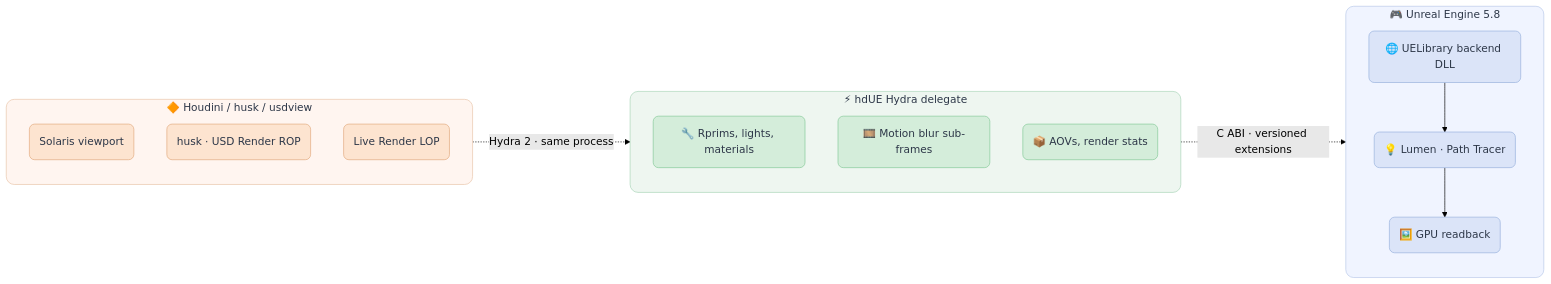
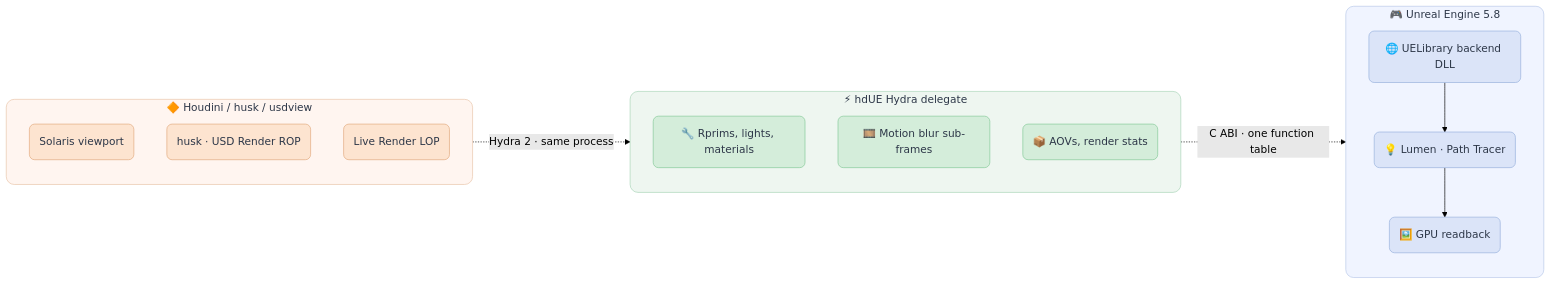
Before and after one commit to healkeiser/HdUnrealEngine: the diagram in README.md, drawn with Mermaid (forest theme). The commit also changed 5 other files, not shown here.

First line of the commit message:
Docs: the ABI is one function table (ABI 12)

````diff
--- a/README.md
+++ b/README.md
@@ -213,42 +213,42 @@
 ```mermaid
 flowchart LR
     subgraph Houdini[" 🔶 Houdini / husk / usdview "]
         direction TB
         A1("Solaris viewport")
         A2("husk · USD Render ROP")
         A3("Live Render LOP")
     end
 
     subgraph Delegate[" ⚡ hdUE Hydra delegate "]
         direction TB
         B1("🔧 Rprims, lights, materials")
         B2("🎞️ Motion blur sub-frames")
         B3("📦 AOVs, render stats")
     end
 
     subgraph Unreal[" 🎮 Unreal Engine 5.8 "]
         direction TB
         C1("🌐 UELibrary backend DLL")
         C2("💡 Lumen · Path Tracer")
         C3("🖼️ GPU readback")
         C1 --> C2 --> C3
     end
 
     Houdini -. "Hydra 2 · same process" .-> Delegate
-    Delegate -. "C ABI · versioned extensions" .-> Unreal
+    Delegate -. "C ABI · one function table" .-> Unreal
 
     classDef hostBox fill:#fff5f0,stroke:#e8c4a8,stroke-width:1px,color:#2d3748,rx:12,ry:12
     classDef delegateBox fill:#eef6f0,stroke:#a8d5b8,stroke-width:1px,color:#2d3748,rx:12,ry:12
     classDef unrealBox fill:#f0f4ff,stroke:#b8c9e8,stroke-width:1px,color:#2d3748,rx:12,ry:12
 
     classDef hostNode fill:#fde4d0,stroke:#e0a87c,stroke-width:1px,color:#2d3748,rx:8,ry:8
     classDef delegateNode fill:#d4edda,stroke:#82c896,stroke-width:1px,color:#2d3748,rx:8,ry:8
     classDef unrealNode fill:#dbe4f8,stroke:#96b0dc,stroke-width:1px,color:#2d3748,rx:8,ry:8
 
     class Houdini hostBox
     class Delegate delegateBox
     class Unreal unrealBox
     class A1,A2,A3 hostNode
     class B1,B2,B3 delegateNode
     class C1,C2,C3 unrealNode
 ```
````
